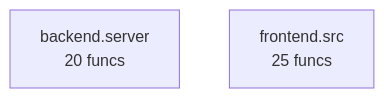
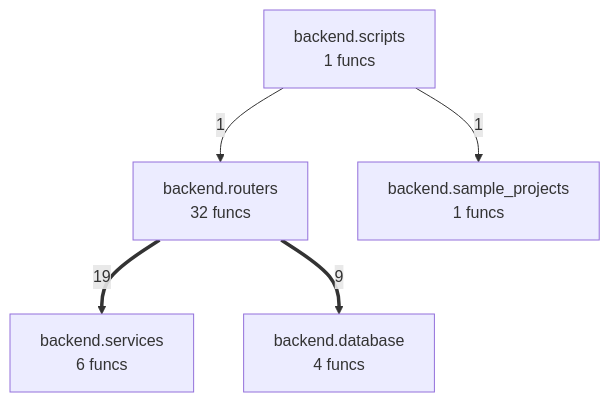
The diagram in project/compact_flow.mmd (semcod/www), drawn with Mermaid before and after one commit. The commit also changed 102 other files, not shown here.

```diff
--- a/project/compact_flow.mmd
+++ b/project/compact_flow.mmd
@@ -1,3 +1,10 @@
 flowchart TD
-    backend__server["backend.server<br/>20 funcs"]
-    frontend__src["frontend.src<br/>25 funcs"]
+    backend__database["backend.database<br/>4 funcs"]
+    backend__routers["backend.routers<br/>32 funcs"]
+    backend__sample_projects["backend.sample_projects<br/>1 funcs"]
+    backend__scripts["backend.scripts<br/>1 funcs"]
+    backend__services["backend.services<br/>6 funcs"]
+    backend__routers ==>|19| backend__services
+    backend__routers ==>|9| backend__database
+    backend__scripts -->|1| backend__sample_projects
+    backend__scripts -->|1| backend__routers
```
